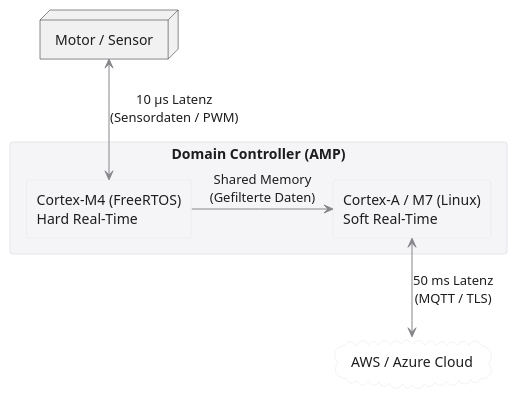
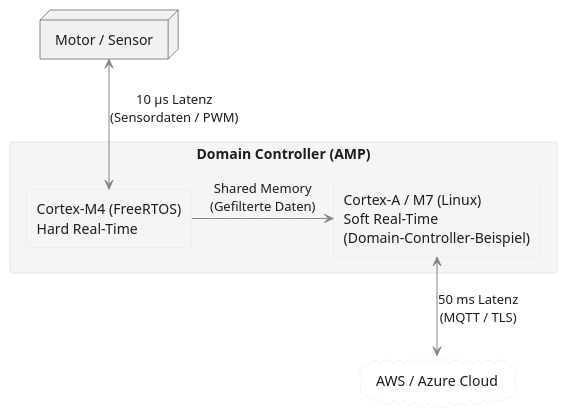
The first of 3 diagrams in vorlesungen/09_capstone-architekturmuster.qmd (dantschi/echtzeitsysteme), drawn with PlantUML before and after one commit. The commit also changed other lines of this file and 19 other files, not shown here.

````diff
--- a/vorlesungen/09_capstone-architekturmuster.qmd
+++ b/vorlesungen/09_capstone-architekturmuster.qmd
@@ -122,28 +122,28 @@
 ```{.plantuml}
 @startuml
 skinparam backgroundColor transparent
 skinparam defaultFontName "Inter, sans-serif"
 skinparam defaultFontColor #1D1D1F
 skinparam rectangle {
   BackgroundColor #F5F5F7
   BorderColor #E5E5EA
 }
 skinparam ArrowColor #86868B
 skinparam cloud {
   BackgroundColor #FFFFFF
   BorderColor #E5E5EA
 }
 
 rectangle "Domain Controller (AMP)" {
   rectangle "Cortex-M4 (FreeRTOS)\nHard Real-Time" as M4
-  rectangle "Cortex-A / M7 (Linux)\nSoft Real-Time" as A7
+  rectangle "Cortex-A / M7 (Linux)\nSoft Real-Time\n(Domain-Controller-Beispiel)" as A7
 }
 
 cloud "AWS / Azure Cloud" as Cloud
 node "Motor / Sensor" as Motor
 
 Motor <--> M4 : "10 µs Latenz\n(Sensordaten / PWM)"
 M4 -> A7 : "Shared Memory\n(Gefilterte Daten)"
 A7 <--> Cloud : "50 ms Latenz\n(MQTT / TLS)"
 @enduml
 ```
````
